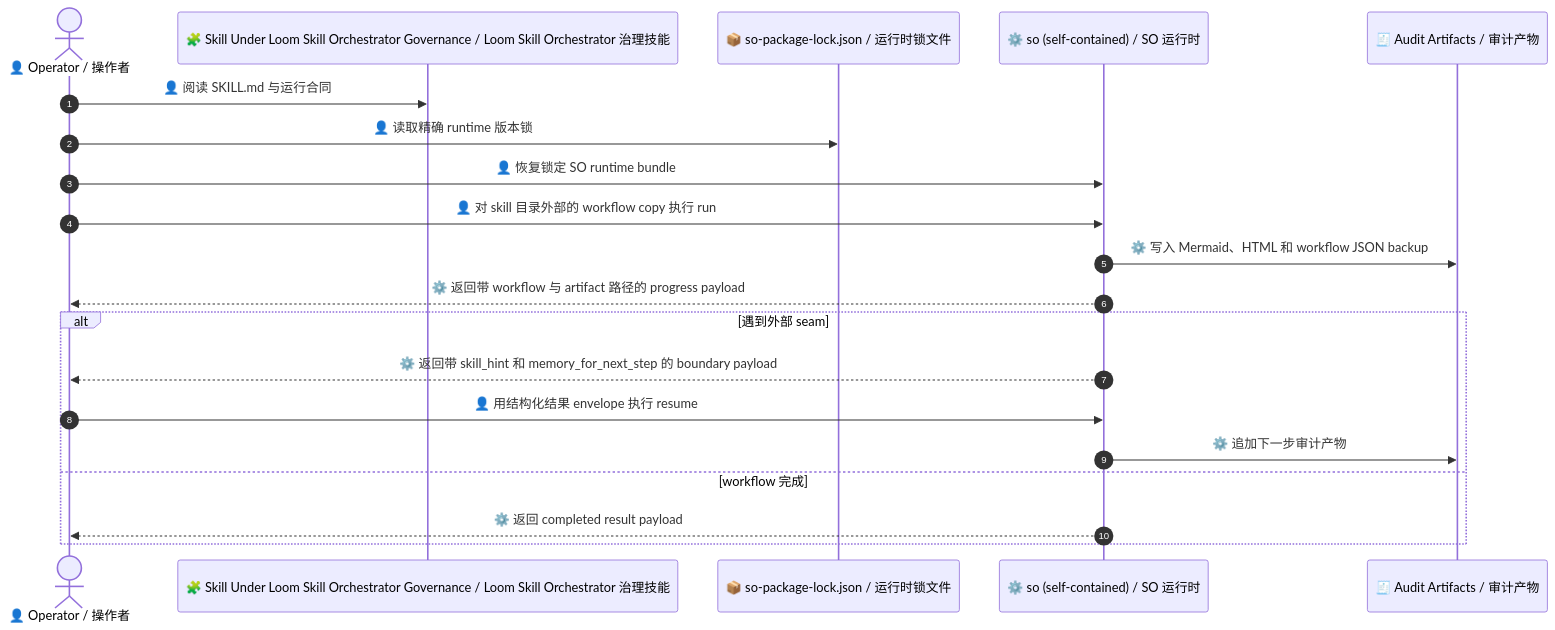
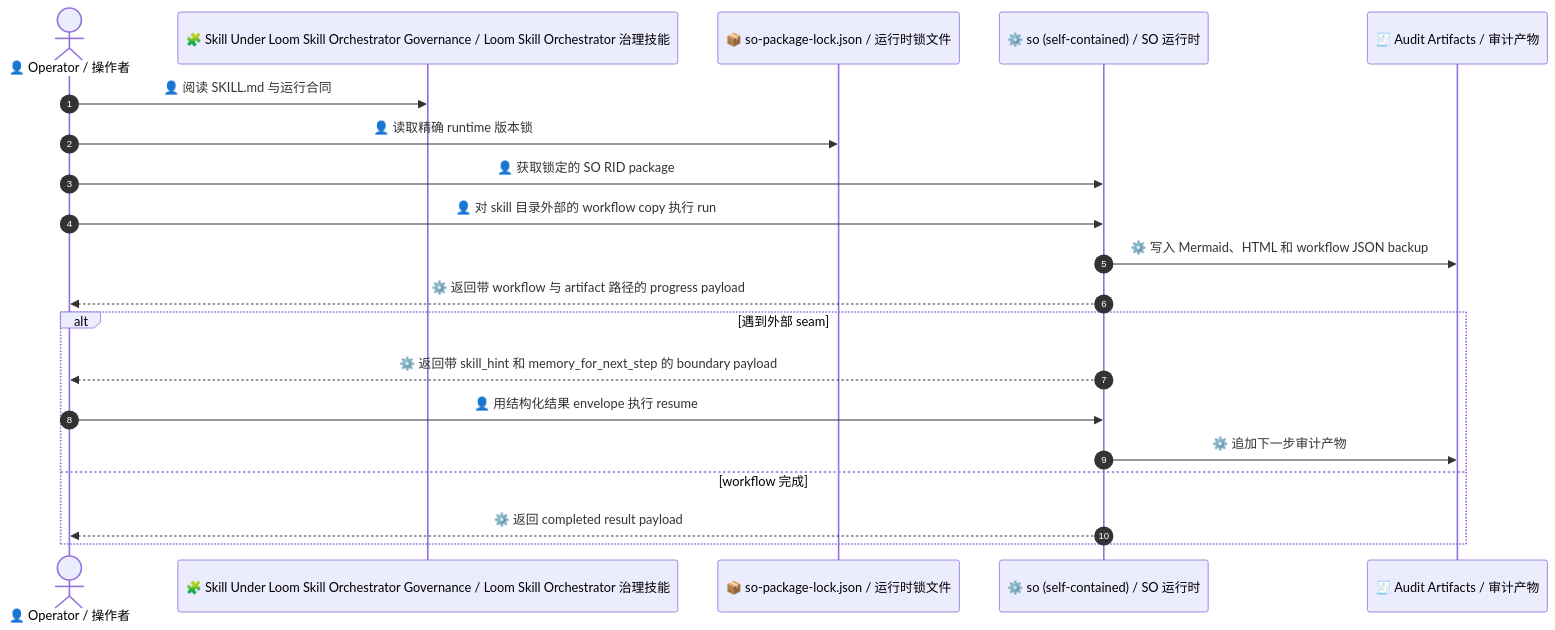
One commit to waynebaby/Techne-Loom changed the first of 2 diagrams in README.zh-CN.md. Above: the diagram before and after it, drawn with Mermaid. The commit also changed other lines of this file and 170 other files, not shown here.

````diff
--- a/README.zh-CN.md
+++ b/README.zh-CN.md
@@ -268,23 +280,23 @@
 ```mermaid
 sequenceDiagram
     autonumber
     actor Operator as 👤 Operator / 操作者
     participant Skill as 🧩 Skill Under Loom Skill Orchestrator Governance / Loom Skill Orchestrator 治理技能
     participant Lock as 📦 so-package-lock.json / 运行时锁文件
     participant Runtime as ⚙️ so (self-contained) / SO 运行时
     participant Audit as 🧾 Audit Artifacts / 审计产物
 
     Operator->>Skill: 👤 阅读 SKILL.md 与运行合同
     Operator->>Lock: 👤 读取精确 runtime 版本锁
-    Operator->>Runtime: 👤 恢复锁定 SO runtime bundle
+    Operator->>Runtime: 👤 获取锁定的 SO RID package
     Operator->>Runtime: 👤 对 skill 目录外部的 workflow copy 执行 run
     Runtime->>Audit: ⚙️ 写入 Mermaid、HTML 和 workflow JSON backup
     Runtime-->>Operator: ⚙️ 返回带 workflow 与 artifact 路径的 progress payload
     alt 遇到外部 seam
         Runtime-->>Operator: ⚙️ 返回带 skill_hint 和 memory_for_next_step 的 boundary payload
         Operator->>Runtime: 👤 用结构化结果 envelope 执行 resume
         Runtime->>Audit: ⚙️ 追加下一步审计产物
     else workflow 完成
         Runtime-->>Operator: ⚙️ 返回 completed result payload
     end
 ```
````
